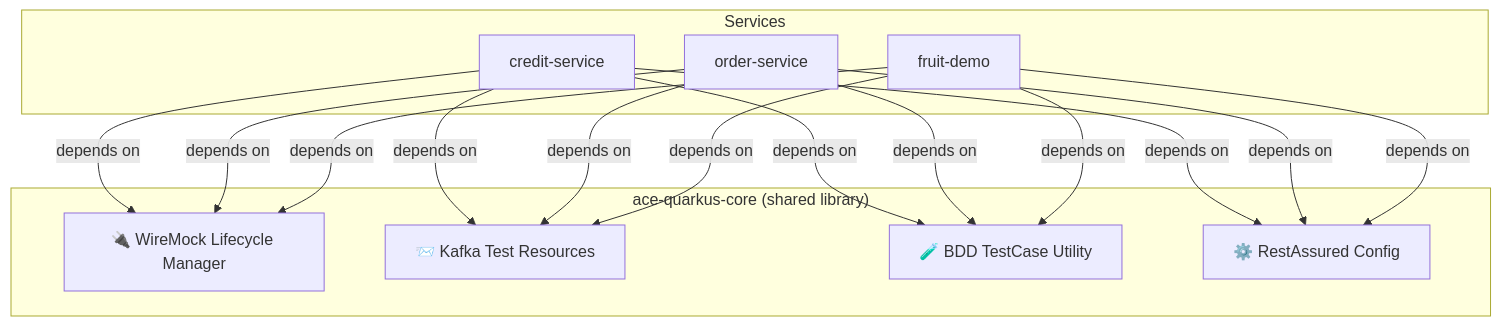
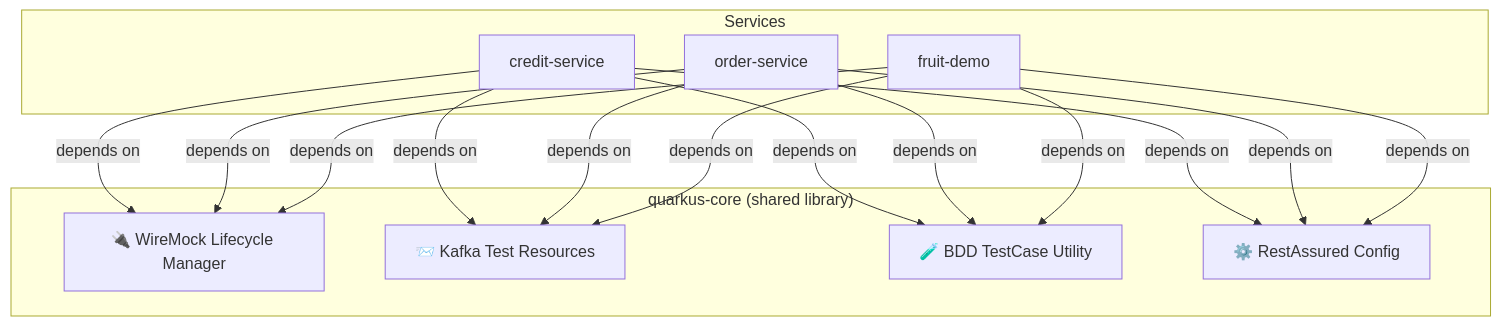
Before and after one commit to Ghislain89/testcontainers-presentation: the third of 3 diagrams in slides.md, drawn with Mermaid. The commit also changed other lines of this file and 3 other files, not shown here.

First line of the commit message:
Clean up slides: rename references, trim content, improve flow

````diff
--- a/slides.md
+++ b/slides.md
@@ -832,14 +670,14 @@
 ```mermaid
 flowchart TB
-    subgraph "ace-quarkus-core (shared library)"
+    subgraph "quarkus-core (shared library)"
         A[🔌 WireMock Lifecycle Manager]
         B[📨 Kafka Test Resources]
         C[🧪 BDD TestCase Utility]
         D[⚙️ RestAssured Config]
     end
     subgraph "Services"
         E[credit-service] -->|depends on| A & B & C & D
         F[order-service] -->|depends on| A & B & C & D
         G[fruit-demo] -->|depends on| A & B & C & D
     end
 ```
````
